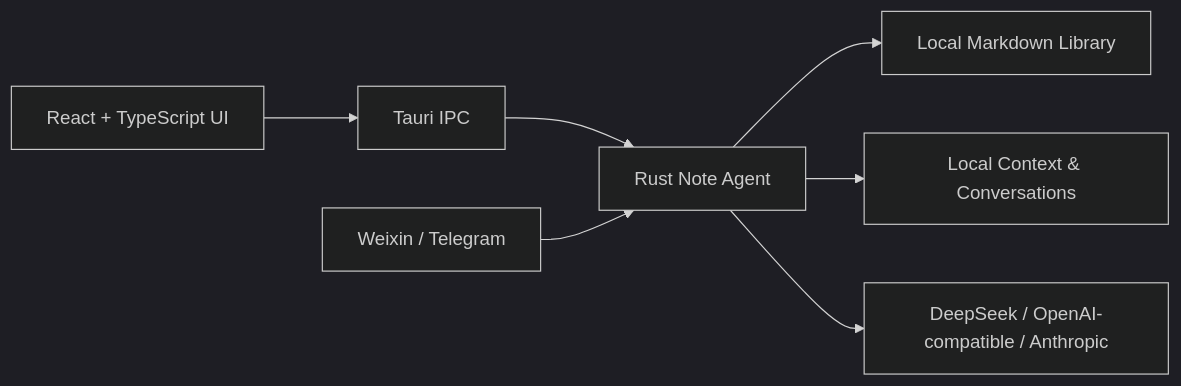
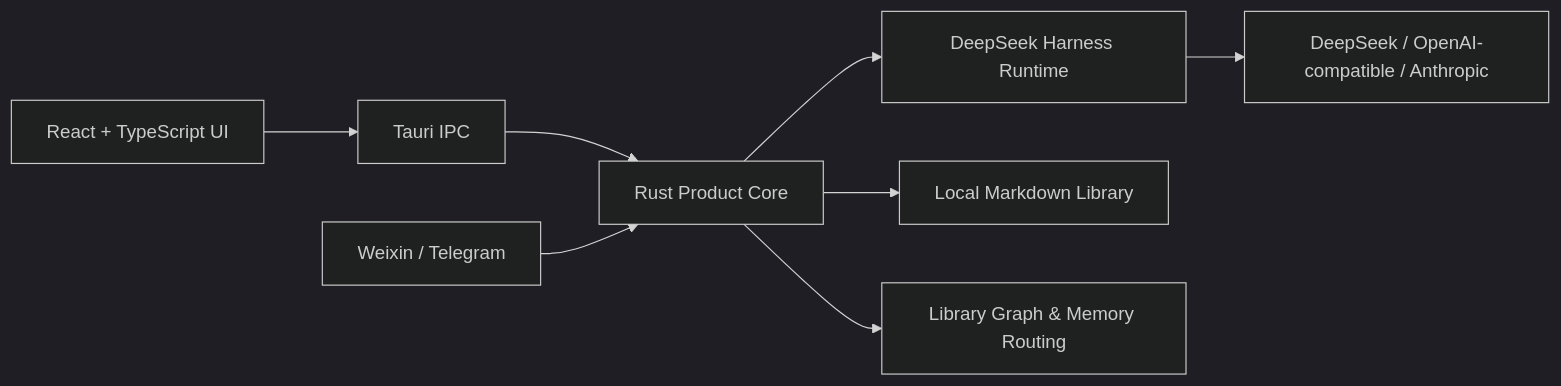
Before and after one commit to edison7009/Coffee-Note: the diagram in README.md, drawn with Mermaid (dark theme). The commit also changed other lines of this file and 32 other files, not shown here.

Commit message:
feat: replace agent loop with DeepSeek Harness

````diff
--- a/README.md
+++ b/README.md
@@ -81,9 +81,10 @@
 ```mermaid
 flowchart LR
   UI["React + TypeScript UI"] --> IPC["Tauri IPC"]
-  IPC --> Core["Rust Note Agent"]
-  Core --> Library["Local Markdown Library"]
-  Core --> Memory["Local Context & Conversations"]
-  Core --> Models["DeepSeek / OpenAI-compatible / Anthropic"]
-  Channels["Weixin / Telegram"] --> Core
+  IPC --> Bridge["Rust Product Core"]
+  Bridge --> DSH["DeepSeek Harness Runtime"]
+  Bridge --> Library["Local Markdown Library"]
+  Bridge --> Memory["Library Graph & Memory Routing"]
+  DSH --> Models["DeepSeek / OpenAI-compatible / Anthropic"]
+  Channels["Weixin / Telegram"] --> Bridge
 ```
````
